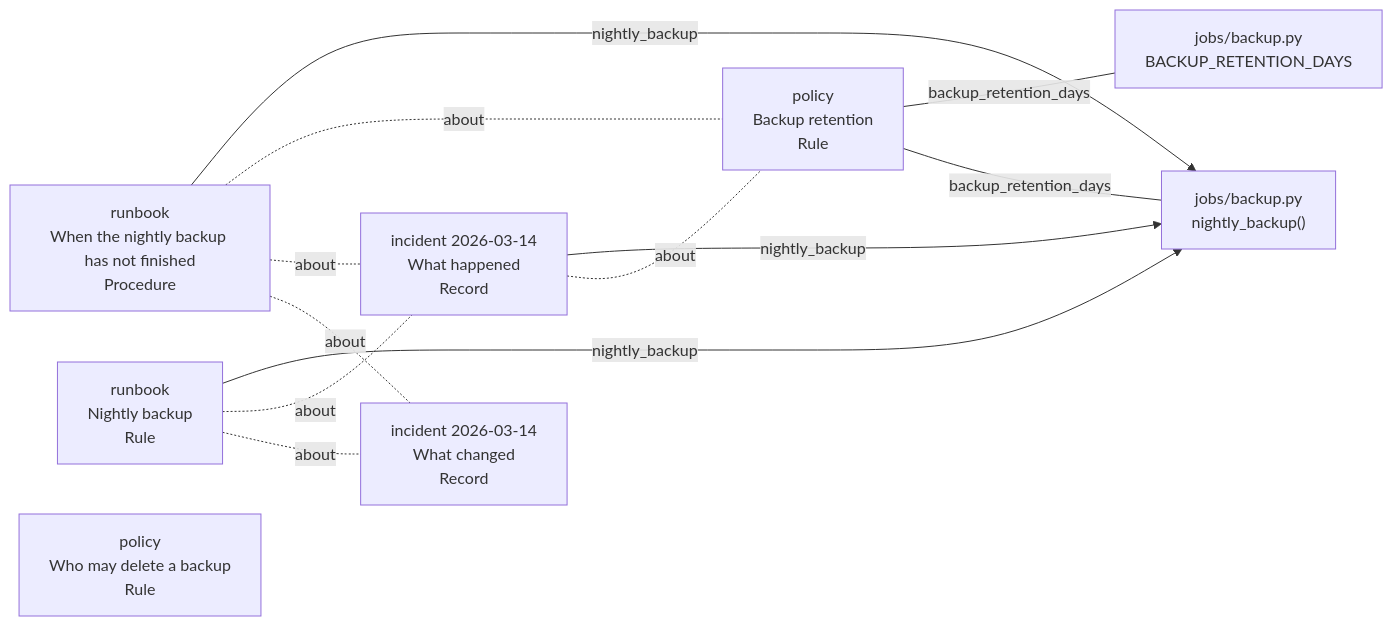
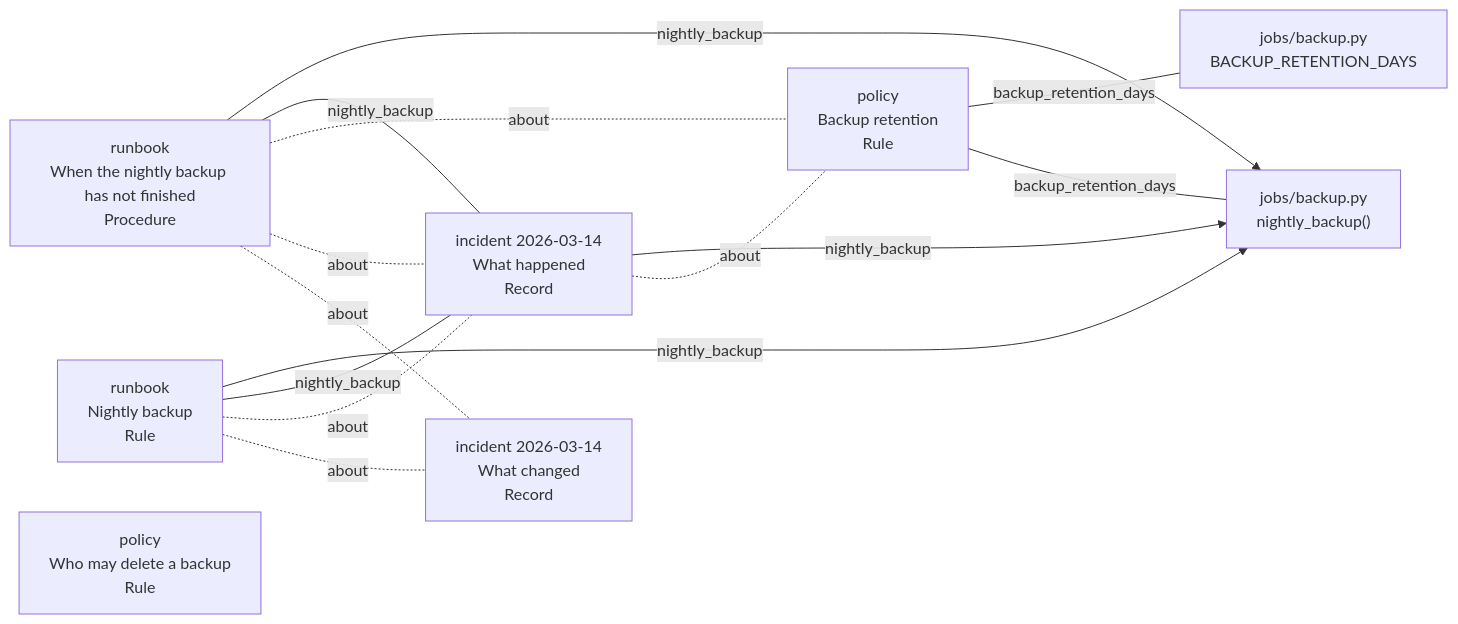
Before and after one commit to minhquan23102000/inventio: the second of 3 diagrams in README.md, drawn with Mermaid. The commit also changed other lines of this file and 31 other files, not shown here.

````diff
--- a/README.md
+++ b/README.md
@@ -111,22 +115,24 @@
 ```mermaid
 flowchart LR
     R8["runbook<br/>When the nightly backup has not finished<br/>Procedure"]
     R3["runbook<br/>Nightly backup<br/>Rule"]
     P3["policy<br/>Backup retention<br/>Rule"]
     P10["policy<br/>Who may delete a backup<br/>Rule"]
     I3["incident 2026-03-14<br/>What happened<br/>Record"]
     I10["incident 2026-03-14<br/>What changed<br/>Record"]
     B4["jobs/backup.py<br/>nightly_backup()"]
     B1["jobs/backup.py<br/>BACKUP_RETENTION_DAYS"]
     R8 -- "nightly_backup" --> B4
     R3 -- "nightly_backup" --> B4
     I3 -- "nightly_backup" --> B4
     P3 -- "backup_retention_days" --- B1
     P3 -- "backup_retention_days" --- B4
+    R8 -- "nightly_backup" --- I3
+    R3 -- "nightly_backup" --- I3
     R8 -. "about" .- P3
     R8 -. "about" .- I3
     R8 -. "about" .- I10
     I3 -. "about" .- P3
     R3 -. "about" .- I3
     R3 -. "about" .- I10
 ```
````
